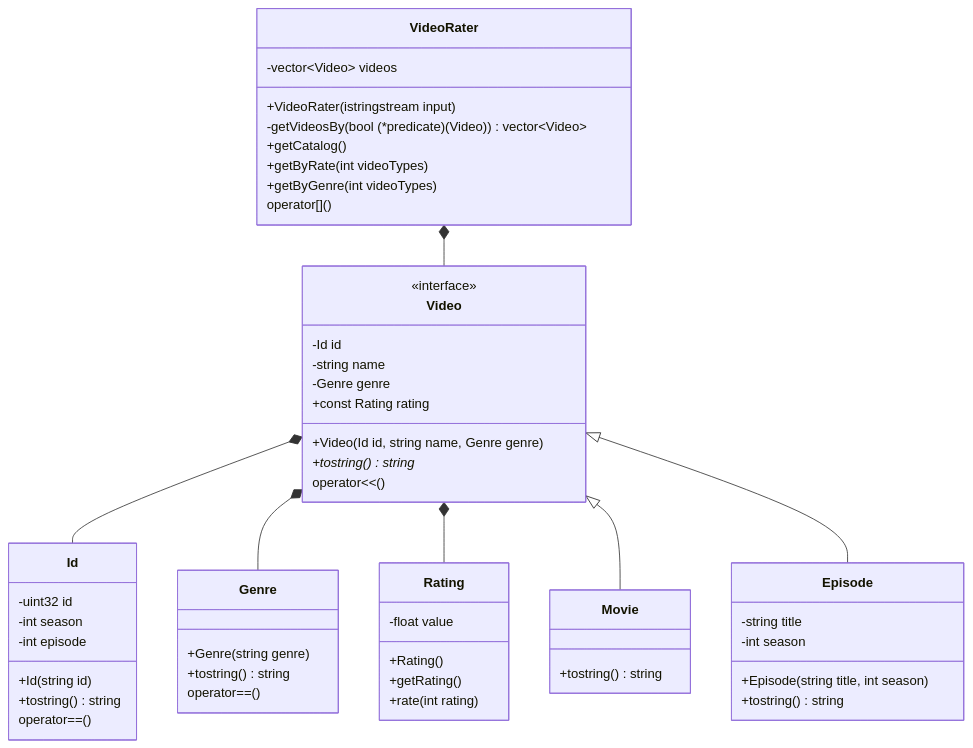
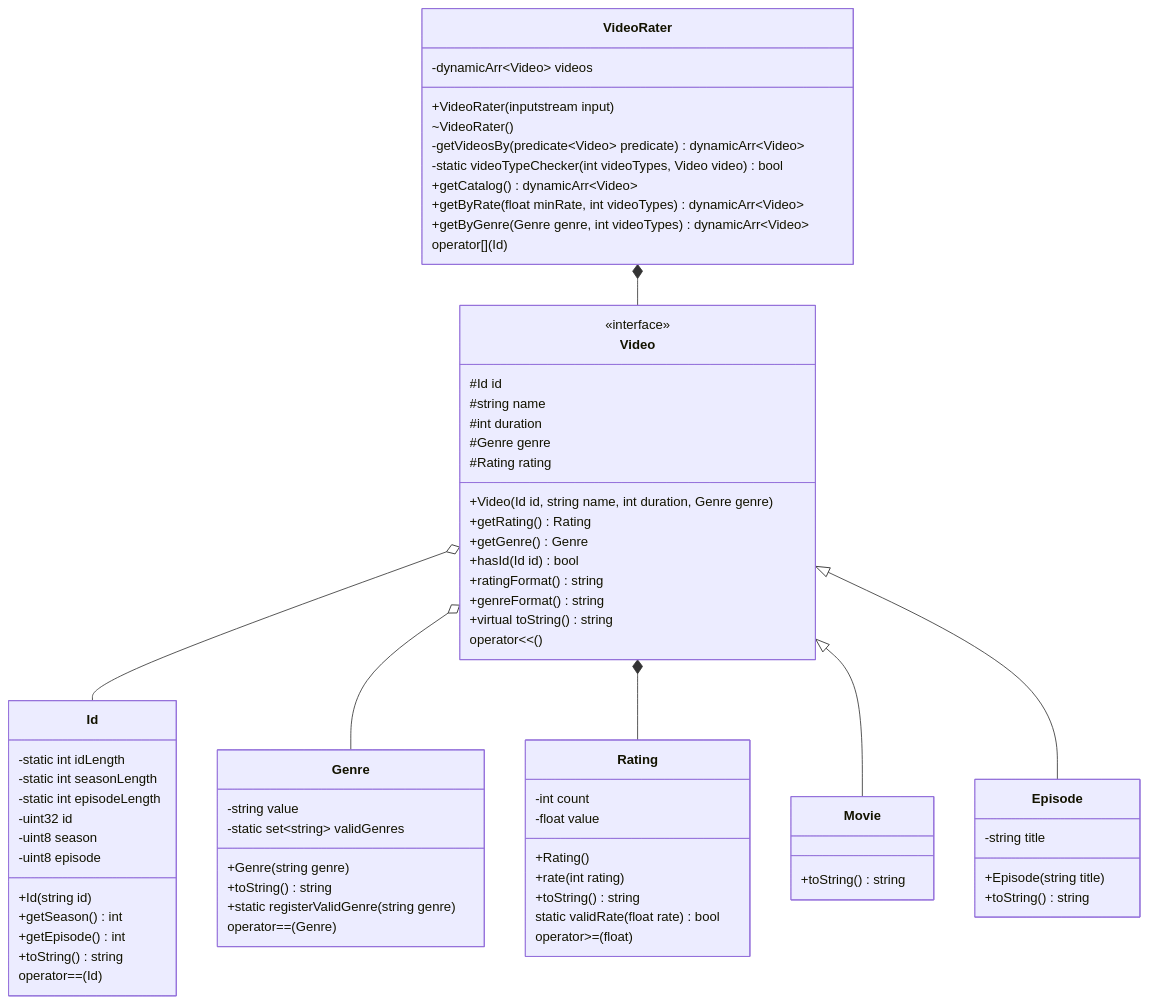
One commit to sebascert/oop-final changed the diagram in class_diagram.md. Above: the diagram before and after it, drawn with Mermaid.

Commit message:
Final Diagram

````diff
--- a/class_diagram.md
+++ b/class_diagram.md
@@ -1,57 +1,75 @@
 ```mermaid
 classDiagram
     class Id{
+        -static int idLength
+        -static int seasonLength
+        -static int episodeLength
         -uint32 id
-        -int season
-        -int episode
+        -uint8 season
+        -uint8 episode
         +Id(string id)
-        +tostring() string
-        operator==()
+        +getSeason() int
+        +getEpisode() int
+        +toString() string
+        operator==(Id)
     }
     class Genre{
+        -string value
+        -static set~string~ validGenres
         +Genre(string genre)
-        +tostring() string
-        operator==()
+        +toString() string
+        +static registerValidGenre(string genre)
+        operator==(Genre)
     }
     class Rating{
+        -int count
         -float value
         +Rating()
-        +getRating()
         +rate(int rating)
+        +toString() string
+        static validRate(float rate) bool
+        operator>=(float)
     }
     class Video {
         <<interface>>
-        -Id id
-        -string name
-        -Genre genre
-        +const Rating rating
-        +Video(Id id, string name, Genre genre)
-        +tostring()* string
+        #Id id
+        #string name
+        #int duration
+        #Genre genre
+        #Rating rating
+        +Video(Id id, string name, int duration, Genre genre)
+        +getRating() Rating
+        +getGenre() Genre
+        +hasId(Id id) bool
+        +ratingFormat() string
+        +genreFormat() string
+        +virtual toString() string
         operator<<()
     }
     class Movie{
-        +tostring() string
+        +toString() string
     }
     class Episode {
         -string title
-        -int season
-        +Episode(string title, int season)
-        +tostring() string
+        +Episode(string title)
+        +toString() string
     }
     class VideoRater{
-        -vector~Video~ videos
-        +VideoRater(istringstream input)
-        -getVideosBy(bool (*predicate)(Video)) vector~Video~
-        +getCatalog()
-        +getByRate(int videoTypes)
-        +getByGenre(int videoTypes)
-        operator[]()
+        -dynamicArr~Video~ videos
+        +VideoRater(inputstream input)
+        ~VideoRater()
+        -getVideosBy(predicate~Video~ predicate) dynamicArr~Video~
+        -static videoTypeChecker(int videoTypes, Video video) bool
+        +getCatalog() dynamicArr~Video~
+        +getByRate(float minRate, int videoTypes) dynamicArr~Video~
+        +getByGenre(Genre genre, int videoTypes) dynamicArr~Video~
+        operator[](Id)
     }
 
-    Video *-- Id
-    Video *-- Genre
+    Video o-- Id
+    Video o-- Genre
     Video *-- Rating
     Video <|-- Movie
     Video <|-- Episode
     VideoRater *-- Video
 ```
````
